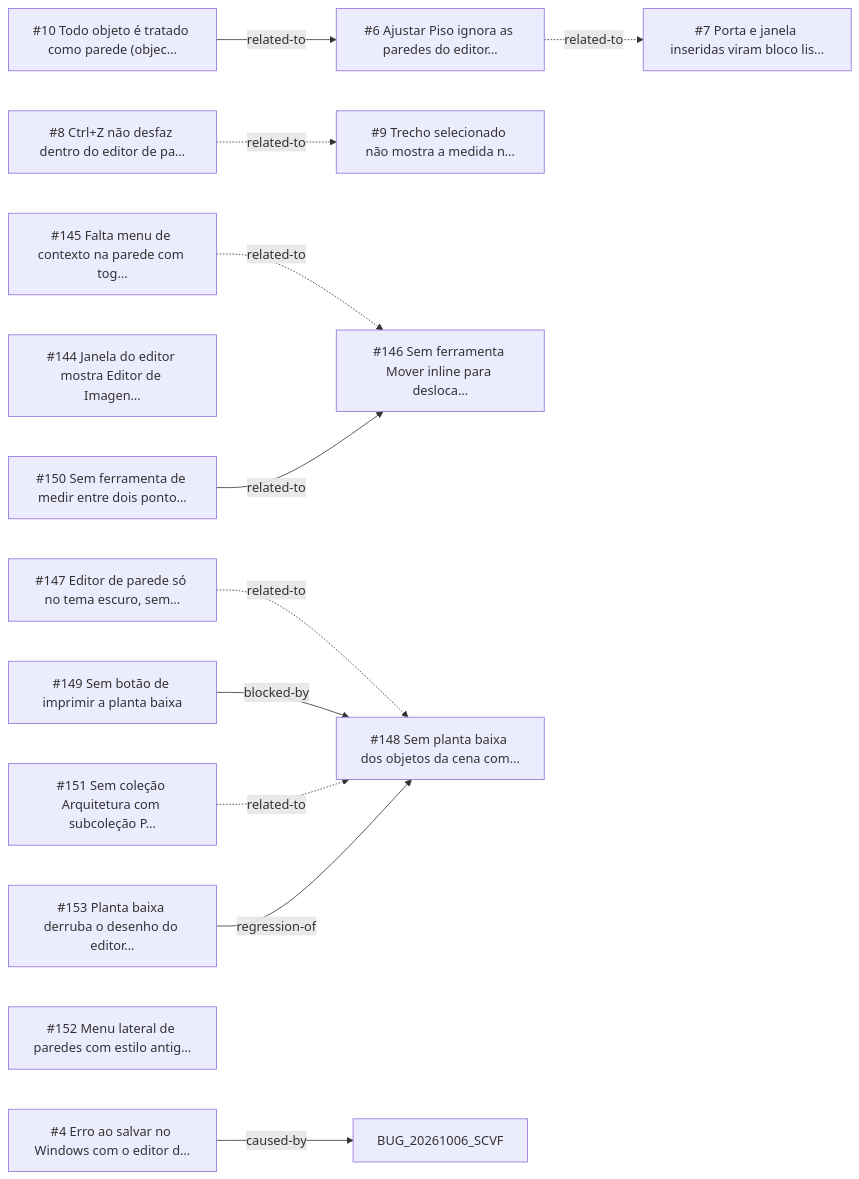
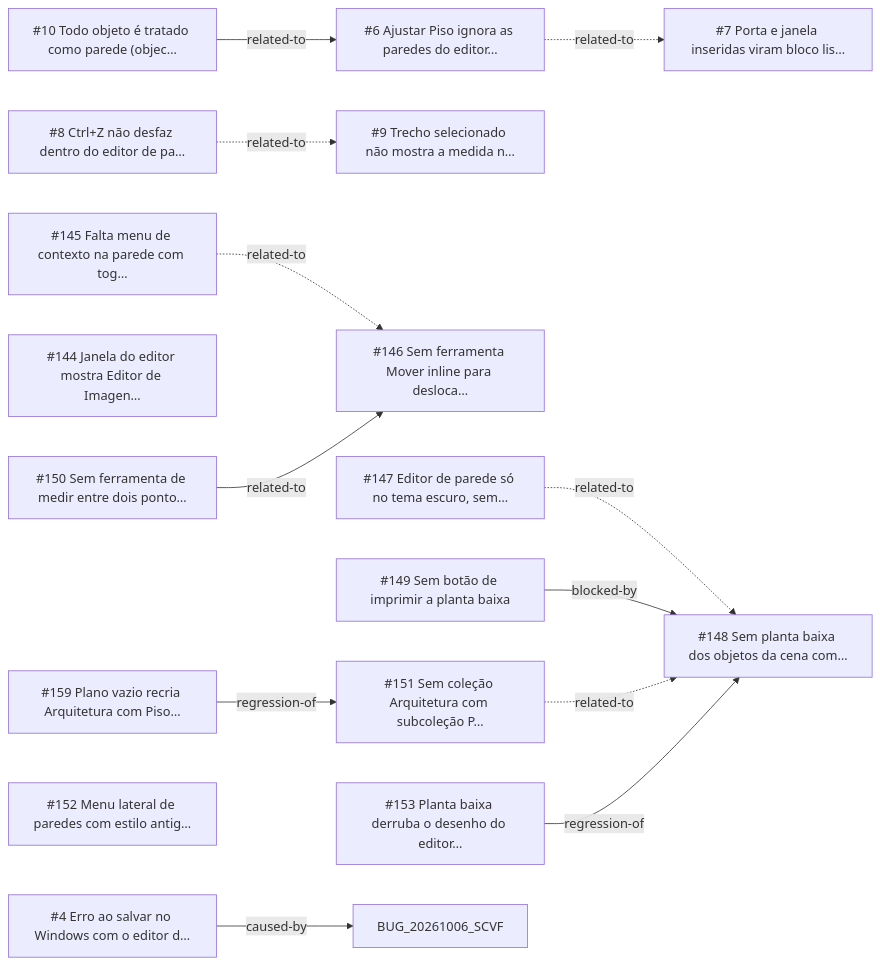
One commit to CAFFDIGITALPLATFORM/caffmob_draw changed the diagram in _reversa_bugs/editor-de-paredes/generated/graph.md. Above: the diagram before and after it, drawn with Mermaid. The commit also changed other lines of this file and 218 other files, not shown here.

````diff
--- a/_reversa_bugs/editor-de-paredes/generated/graph.md
+++ b/_reversa_bugs/editor-de-paredes/generated/graph.md
@@ -5,29 +5,31 @@
 ```mermaid
 graph LR
   BUG_20261006_KFAR["#4 Erro ao salvar no Windows com o editor d…"]
   BUG_20261007_A2G7["#6 Ajustar Piso ignora as paredes do editor…"]
   BUG_20261007_YIMY["#7 Porta e janela inseridas viram bloco lis…"]
   BUG_20261007_ZZUK["#8 Ctrl+Z não desfaz dentro do editor de pa…"]
   BUG_20261007_VQ72["#9 Trecho selecionado não mostra a medida n…"]
   BUG_20261007_TBY3["#10 Todo objeto é tratado como parede (objec…"]
   BUG_20261117_6KBC["#144 Janela do editor mostra Editor de Imagen…"]
   BUG_20261117_AKYJ["#145 Falta menu de contexto na parede com tog…"]
   BUG_20261117_EELF["#146 Sem ferramenta Mover inline para desloca…"]
   BUG_20261117_6OXN["#147 Editor de parede só no tema escuro, sem…"]
   BUG_20261117_JXDJ["#148 Sem planta baixa dos objetos da cena com…"]
   BUG_20261117_744U["#149 Sem botão de imprimir a planta baixa"]
   BUG_20261117_V4I3["#150 Sem ferramenta de medir entre dois ponto…"]
   BUG_20261117_4MF7["#151 Sem coleção Arquitetura com subcoleção P…"]
   BUG_20261117_RP9Q["#152 Menu lateral de paredes com estilo antig…"]
   BUG_20261118_PLNT["#153 Planta baixa derruba o desenho do editor…"]
+  BUG_20261124_5N6R["#159 Plano vazio recria Arquitetura com Piso…"]
   BUG_20261006_KFAR -->|caused-by| BUG_20261006_SCVF
   BUG_20261007_A2G7 -.->|related-to| BUG_20261007_YIMY
   BUG_20261007_ZZUK -.->|related-to| BUG_20261007_VQ72
   BUG_20261007_TBY3 -->|related-to| BUG_20261007_A2G7
   BUG_20261117_AKYJ -.->|related-to| BUG_20261117_EELF
   BUG_20261117_6OXN -.->|related-to| BUG_20261117_JXDJ
   BUG_20261117_744U -->|blocked-by| BUG_20261117_JXDJ
   BUG_20261117_V4I3 -->|related-to| BUG_20261117_EELF
   BUG_20261117_4MF7 -.->|related-to| BUG_20261117_JXDJ
   BUG_20261118_PLNT -->|regression-of| BUG_20261117_JXDJ
+  BUG_20261124_5N6R -->|regression-of| BUG_20261117_4MF7
 ```
````
